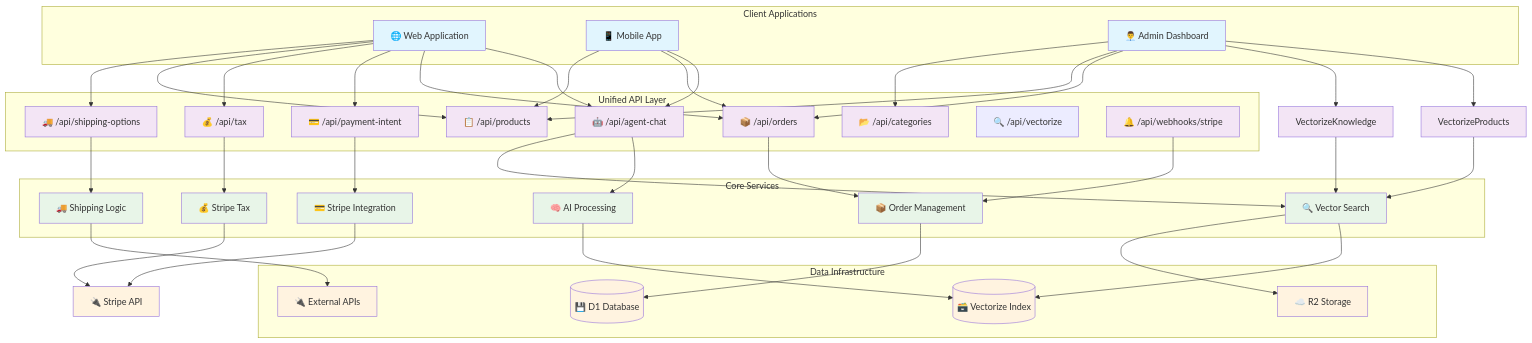
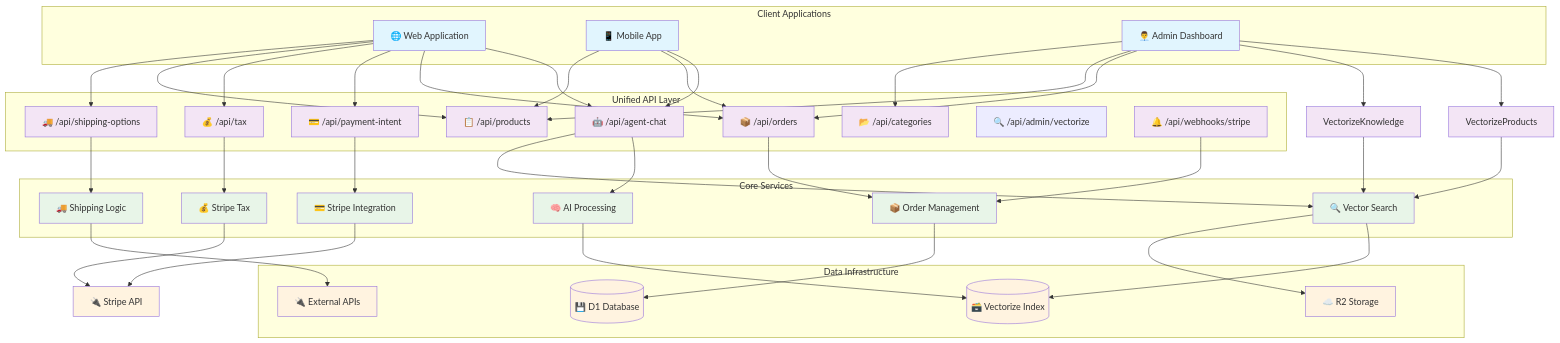
Before and after one commit to russellkmoore/mercora: the first of 5 diagrams in docs/api-architecture.md, drawn with Mermaid. The commit also changed other lines of this file and 32 other files, not shown here.

```diff
--- a/docs/api-architecture.md
+++ b/docs/api-architecture.md
@@ -22,7 +22,7 @@
         Products[📋 /api/products]
         Categories[📂 /api/categories]
         ShippingOptions[🚚 /api/shipping-options]
-        Vectorize[🔍 /api/vectorize]
+        Vectorize[🔍 /api/admin/vectorize]
         StripeWebhooks[🔔 /api/webhooks/stripe]
     end
 
```
